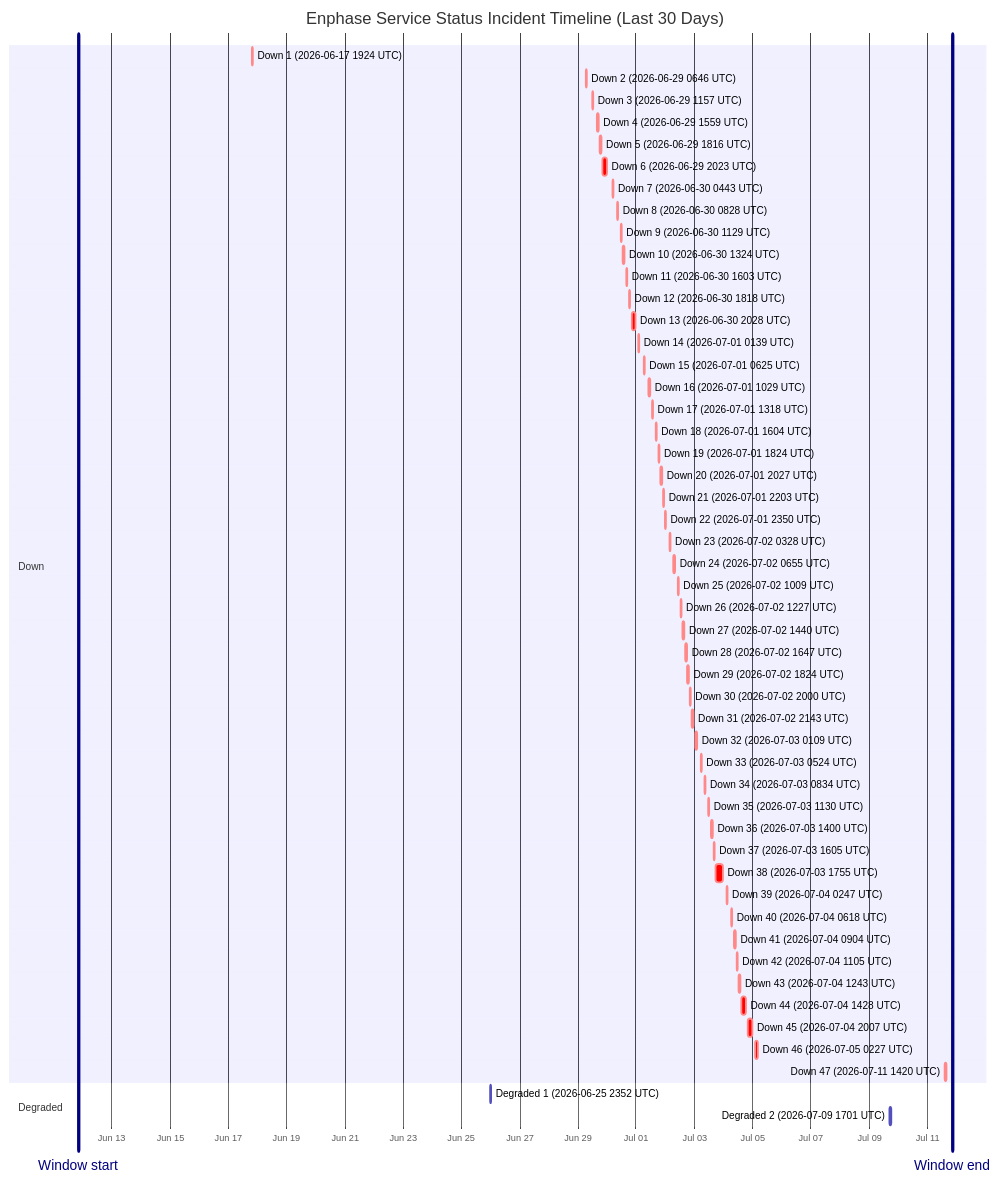
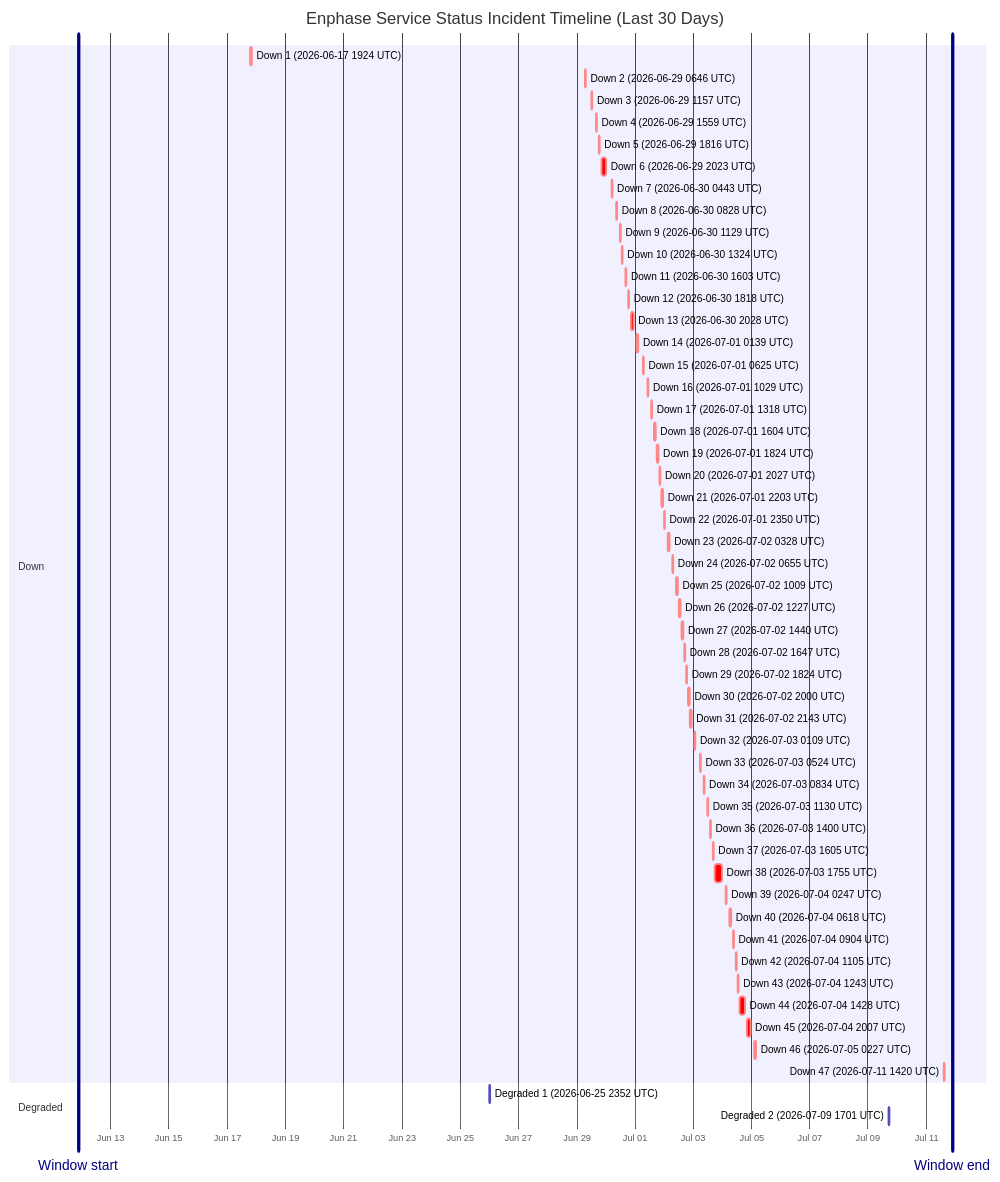
The diagram in wiki/Service-Status-History.md (barneyonline/ha-enphase-energy), drawn with Mermaid before and after one commit. The commit also changed other lines of this file and 3 other files, not shown here.

````diff
--- a/wiki/Service-Status-History.md
+++ b/wiki/Service-Status-History.md
@@ -14,59 +14,59 @@
 ```mermaid
 gantt
     title Enphase Service Status Incident Timeline (Last 30 Days)
     dateFormat  YYYY-MM-DDTHH:mm:ss
     axisFormat  %b %d
-    Window start :vert, window-start, 2026-06-11T20:22:15, 0ms
-    Window end :vert, window-end, 2026-07-11T20:22:15, 0ms
+    Window start :vert, window-start, 2026-06-11T21:21:51, 0ms
+    Window end :vert, window-end, 2026-07-11T21:21:51, 0ms
     section Down
     Down 1 (2026-06-17 1924 UTC) :crit, down-1, 2026-06-17T19:24:51, 60m
     Down 2 (2026-06-29 0646 UTC) :crit, down-2, 2026-06-29T06:46:18, 60m
     Down 3 (2026-06-29 1157 UTC) :crit, down-3, 2026-06-29T11:57:36, 60m
     Down 4 (2026-06-29 1559 UTC) :crit, down-4, 2026-06-29T15:59:02, 60m
     Down 5 (2026-06-29 1816 UTC) :crit, down-5, 2026-06-29T18:16:38, 60m
     Down 6 (2026-06-29 2023 UTC) :crit, down-6, 2026-06-29T20:23:16, 220m
     Down 7 (2026-06-30 0443 UTC) :crit, down-7, 2026-06-30T04:43:54, 60m
     Down 8 (2026-06-30 0828 UTC) :crit, down-8, 2026-06-30T08:28:43, 60m
     Down 9 (2026-06-30 1129 UTC) :crit, down-9, 2026-06-30T11:29:15, 60m
     Down 10 (2026-06-30 1324 UTC) :crit, down-10, 2026-06-30T13:24:25, 60m
     Down 11 (2026-06-30 1603 UTC) :crit, down-11, 2026-06-30T16:03:26, 60m
     Down 12 (2026-06-30 1818 UTC) :crit, down-12, 2026-06-30T18:18:39, 60m
     Down 13 (2026-06-30 2028 UTC) :crit, down-13, 2026-06-30T20:28:54, 171m
     Down 14 (2026-07-01 0139 UTC) :crit, down-14, 2026-07-01T01:39:18, 60m
     Down 15 (2026-07-01 0625 UTC) :crit, down-15, 2026-07-01T06:25:35, 60m
     Down 16 (2026-07-01 1029 UTC) :crit, down-16, 2026-07-01T10:29:24, 60m
     Down 17 (2026-07-01 1318 UTC) :crit, down-17, 2026-07-01T13:18:31, 60m
     Down 18 (2026-07-01 1604 UTC) :crit, down-18, 2026-07-01T16:04:29, 60m
     Down 19 (2026-07-01 1824 UTC) :crit, down-19, 2026-07-01T18:24:21, 60m
     Down 20 (2026-07-01 2027 UTC) :crit, down-20, 2026-07-01T20:27:17, 60m
     Down 21 (2026-07-01 2203 UTC) :crit, down-21, 2026-07-01T22:03:46, 60m
     Down 22 (2026-07-01 2350 UTC) :crit, down-22, 2026-07-01T23:50:52, 60m
     Down 23 (2026-07-02 0328 UTC) :crit, down-23, 2026-07-02T03:28:33, 60m
     Down 24 (2026-07-02 0655 UTC) :crit, down-24, 2026-07-02T06:55:07, 60m
     Down 25 (2026-07-02 1009 UTC) :crit, down-25, 2026-07-02T10:09:15, 60m
     Down 26 (2026-07-02 1227 UTC) :crit, down-26, 2026-07-02T12:27:49, 60m
     Down 27 (2026-07-02 1440 UTC) :crit, down-27, 2026-07-02T14:40:53, 60m
     Down 28 (2026-07-02 1647 UTC) :crit, down-28, 2026-07-02T16:47:47, 60m
     Down 29 (2026-07-02 1824 UTC) :crit, down-29, 2026-07-02T18:24:26, 60m
     Down 30 (2026-07-02 2000 UTC) :crit, down-30, 2026-07-02T20:00:57, 60m
     Down 31 (2026-07-02 2143 UTC) :crit, down-31, 2026-07-02T21:43:52, 80m
     Down 32 (2026-07-03 0109 UTC) :crit, down-32, 2026-07-03T01:09:19, 60m
     Down 33 (2026-07-03 0524 UTC) :crit, down-33, 2026-07-03T05:24:23, 60m
     Down 34 (2026-07-03 0834 UTC) :crit, down-34, 2026-07-03T08:34:05, 60m
     Down 35 (2026-07-03 1130 UTC) :crit, down-35, 2026-07-03T11:30:41, 60m
     Down 36 (2026-07-03 1400 UTC) :crit, down-36, 2026-07-03T14:00:48, 60m
     Down 37 (2026-07-03 1605 UTC) :crit, down-37, 2026-07-03T16:05:49, 60m
     Down 38 (2026-07-03 1755 UTC) :crit, down-38, 2026-07-03T17:55:54, 338m
     Down 39 (2026-07-04 0247 UTC) :crit, down-39, 2026-07-04T02:47:22, 60m
     Down 40 (2026-07-04 0618 UTC) :crit, down-40, 2026-07-04T06:18:09, 60m
     Down 41 (2026-07-04 0904 UTC) :crit, down-41, 2026-07-04T09:04:41, 60m
     Down 42 (2026-07-04 1105 UTC) :crit, down-42, 2026-07-04T11:05:21, 60m
     Down 43 (2026-07-04 1243 UTC) :crit, down-43, 2026-07-04T12:43:25, 60m
     Down 44 (2026-07-04 1428 UTC) :crit, down-44, 2026-07-04T14:28:07, 243m
     Down 45 (2026-07-04 2007 UTC) :crit, down-45, 2026-07-04T20:07:50, 206m
     Down 46 (2026-07-05 0227 UTC) :crit, down-46, 2026-07-05T02:27:32, 109m
     Down 47 (2026-07-11 1420 UTC) :crit, down-47, 2026-07-11T14:20:54, 69m
     section Degraded
     Degraded 1 (2026-06-25 2352 UTC) :active, degraded-1, 2026-06-25T23:52:01, 60m
     Degraded 2 (2026-07-09 1701 UTC) :active, degraded-2, 2026-07-09T17:01:02, 60m
 ```
````
